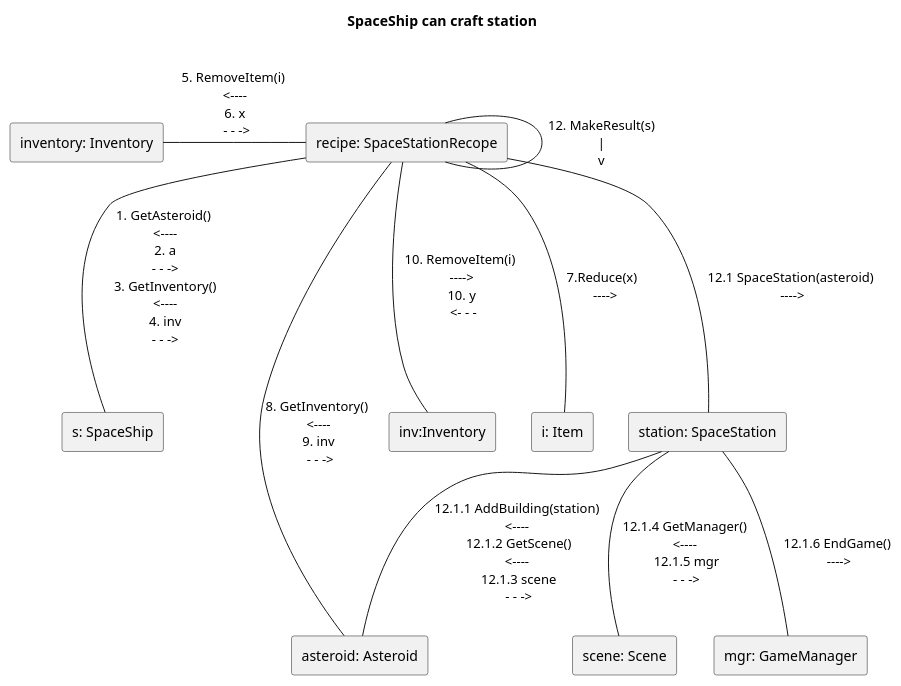
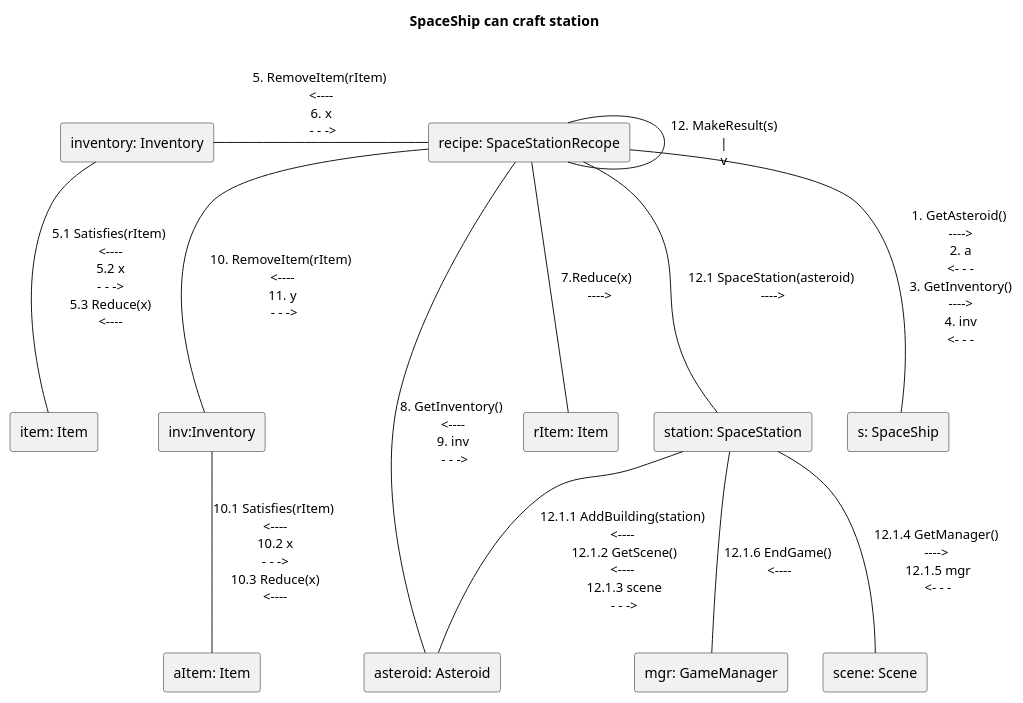
Before and after one commit to viseguard-studios/Documentation: the diagram in docs/Skeleton/diagrams/Craft_space_station/comm/3.Craft_station.puml, drawn with PlantUML. The commit also changed 5 other files, not shown here.

Commit message:
craft uml update

```diff
--- a/docs/Skeleton/diagrams/Craft_space_station/comm/3.Craft_station.puml
+++ b/docs/Skeleton/diagrams/Craft_space_station/comm/3.Craft_station.puml
@@ -1,38 +1,44 @@
 @startuml
 rectangle "recipe: SpaceStationRecope" as recipe 
 rectangle "s: SpaceShip" as s 
 rectangle "inventory: Inventory" as inventory 
 rectangle "asteroid: Asteroid" as asteroid
 rectangle "inv:Inventory" as inv 
-rectangle "i: Item" as i
+rectangle "rItem: Item" as rItem
 rectangle "station: SpaceStation" as station 
+rectangle "item: Item" as item
+rectangle "aItem: Item" as aItem
 rectangle "scene: Scene" as scene
 rectangle "mgr: GameManager" as mgr
 
 title SpaceShip can craft station \n 
 
-recipe -- s: 1. GetAsteroid() \n <---- \n 2. a \n - - -> \n 3. GetInventory() \n <---- \n 4. inv \n - - -> \n 
+recipe -- s: 1. GetAsteroid() \n ----> \n 2. a \n <- - - \n 3. GetInventory() \n ----> \n 4. inv \n <- - - \n 
 
 
-recipe -left- inventory: 5. RemoveItem(i) \n <---- \n 6. x \n - - -> 
+recipe -left- inventory: 5. RemoveItem(rItem) \n <---- \n 6. x \n - - -> 
 
-recipe -- i: 7.Reduce(x) \n ---->
+inventory -- item: 5.1 Satisfies(rItem) \n <---- \n 5.2 x \n - - -> \n 5.3 Reduce(x) \n <---- \n 
+
+recipe -- rItem: 7.Reduce(x) \n ---->
 
 recipe -- asteroid: 8. GetInventory() \n <---- \n 9. inv \n - - -> 
 
-recipe -- inv: 10. RemoveItem(i) \n ----> \n 10. y \n <- - - 
+recipe -- inv: 10. RemoveItem(rItem) \n <---- \n 11. y \n - - -> 
+
+inv -- aItem: 10.1 Satisfies(rItem) \n <---- \n 10.2 x \n - - -> \n 10.3 Reduce(x) \n <---- \n 
 
 recipe -down- recipe: 12. MakeResult(s)\n | \nv
 
 recipe -- station: 12.1 SpaceStation(asteroid)\n ---->
 
 station--asteroid: 12.1.1 AddBuilding(station)\n <---- \n 12.1.2 GetScene()\n <---- \n 12.1.3 scene\n - - ->
 
-station-- scene: 12.1.4 GetManager()\n <---- \n 12.1.5 mgr\n - - ->
+station-- scene: 12.1.4 GetManager()\n ----> \n 12.1.5 mgr\n <- - -
 
-station --mgr: 12.1.6 EndGame()\n ---->
+station --mgr: 12.1.6 EndGame()\n <----
 
 
 
 
 @enduml
```
